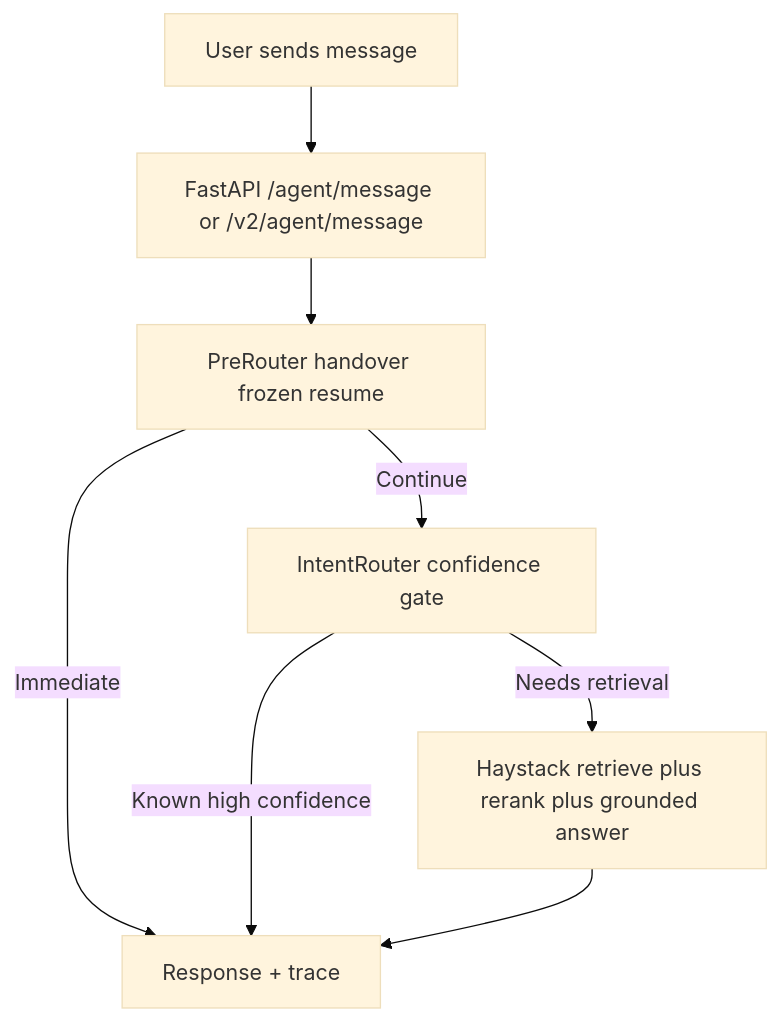
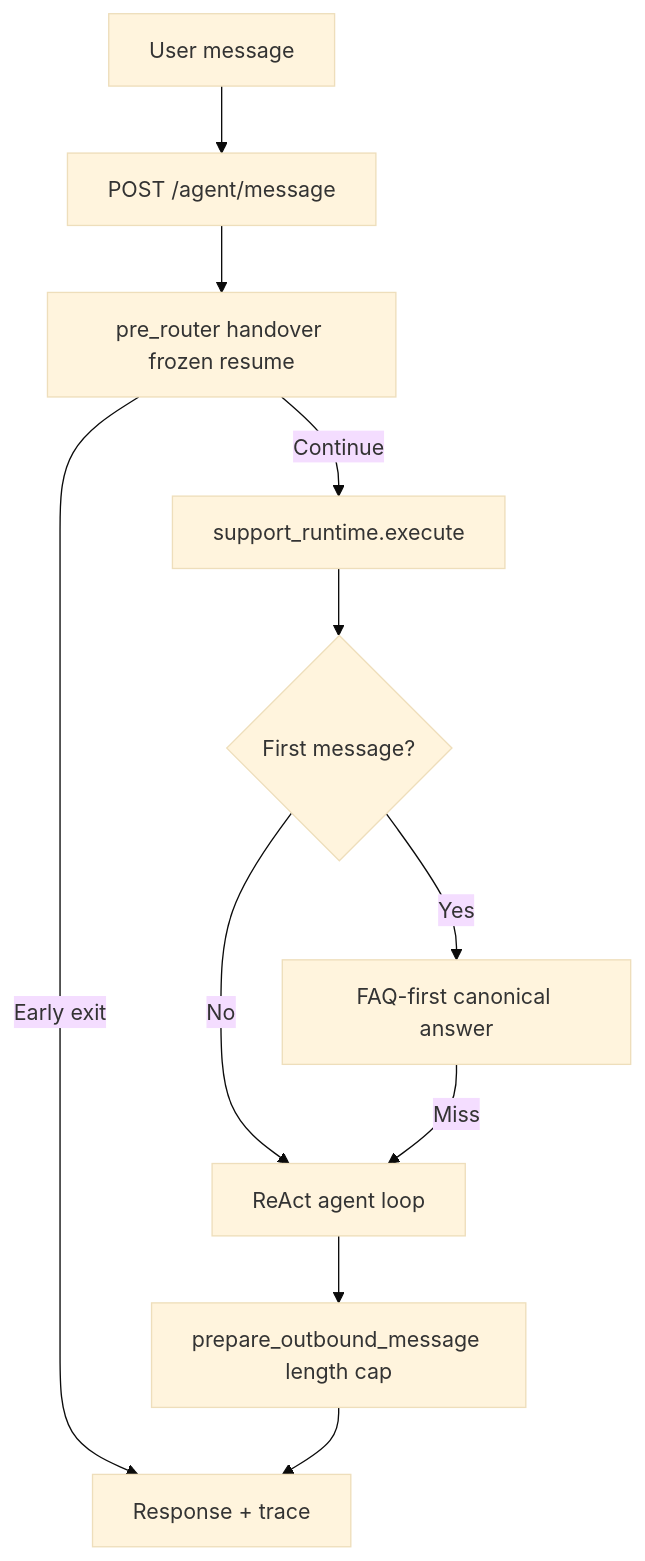
The diagram in README.md (kommuai/kai), drawn with Mermaid (base theme) before and after one commit. The commit also changed other lines of this file and 36 other files, not shown here.

````diff
--- a/README.md
+++ b/README.md
@@ -225,13 +224,13 @@
 ```mermaid
 flowchart TD
-    A[User sends message] --> C[FastAPI /agent/message or /v2/agent/message]
-    C --> D[PreRouter handover frozen resume]
-    D -->|Immediate| E[Response + trace]
-    D -->|Continue| F[IntentRouter confidence gate]
-    F -->|Known high confidence| E
-    F -->|Needs retrieval| G[Haystack retrieve plus rerank plus grounded answer]
-    G --> E
-
-
-   
+    A[User message] --> B[POST /agent/message]
+    B --> C[pre_router handover frozen resume]
+    C -->|Early exit| D[Response + trace]
+    C -->|Continue| E[support_runtime.execute]
+    E --> F{First message?}
+    F -->|Yes| G[FAQ-first canonical answer]
+    F -->|No| H[ReAct agent loop]
+    G -->|Miss| H
+    H --> I[prepare_outbound_message length cap]
+    I --> D
 ```
````
